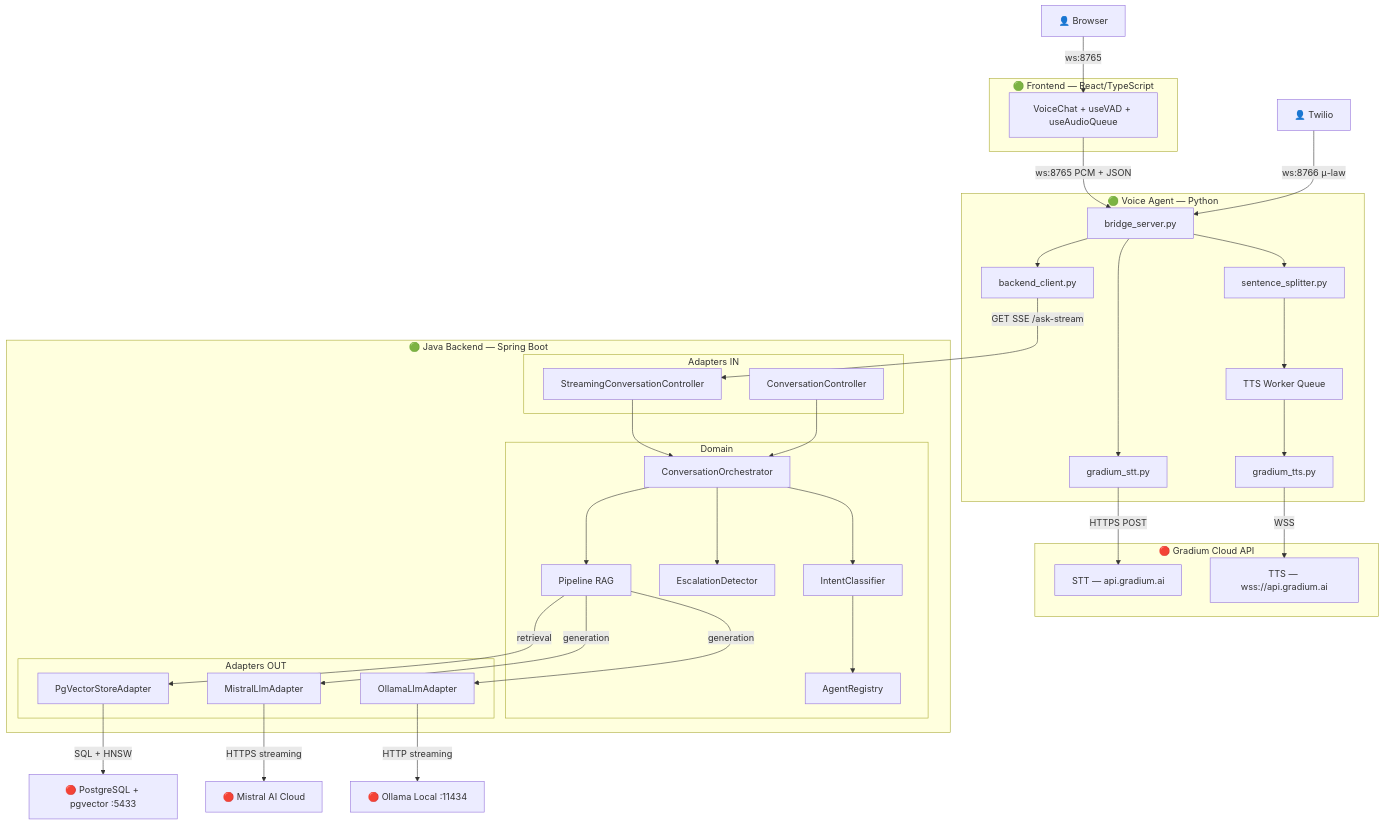
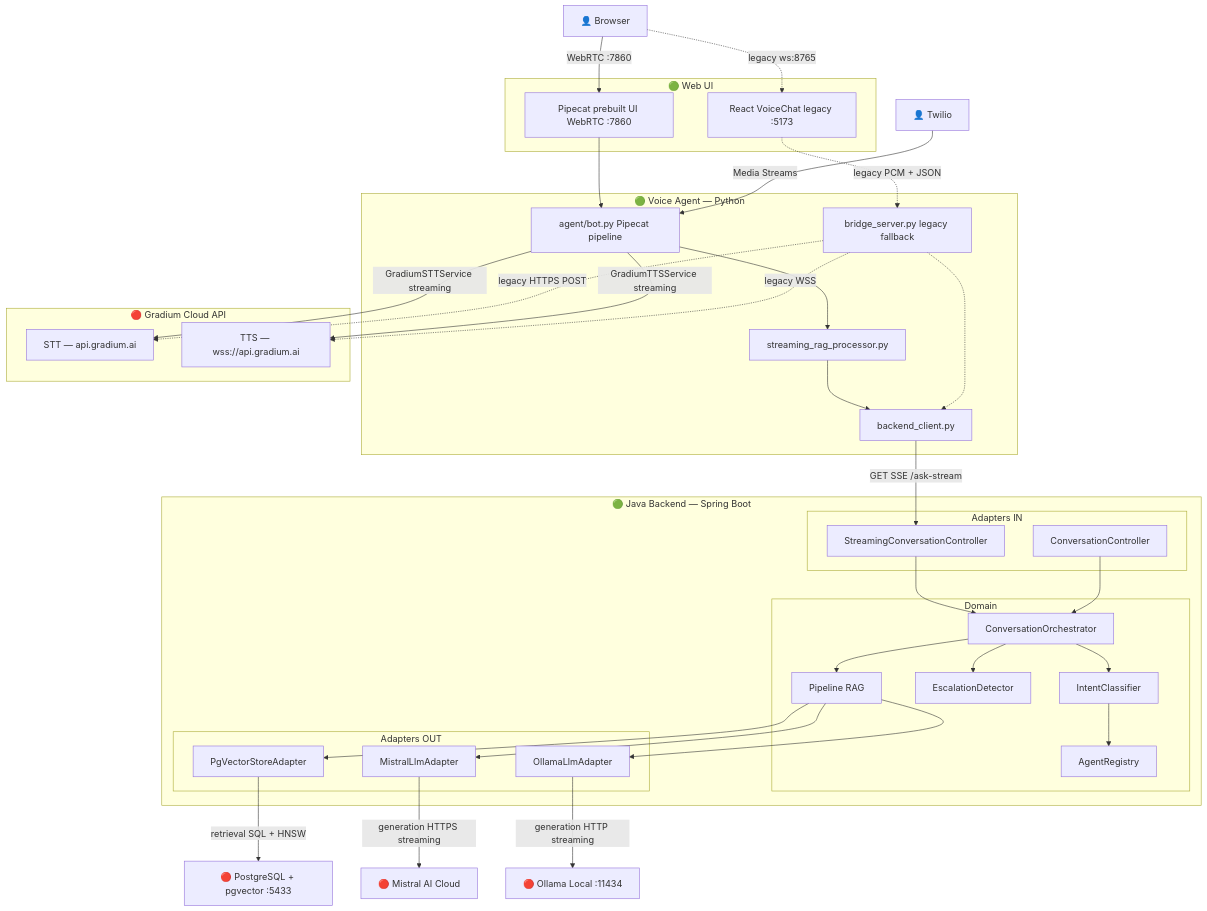
One commit to tgrimaud/V2V changed the first of 3 diagrams in docs/architecture/architecture.md. Above: the diagram before and after it, drawn with Mermaid. The commit also changed other lines of this file and 45 other files, not shown here.

````diff
--- a/docs/architecture/architecture.md
+++ b/docs/architecture/architecture.md
@@ -22,18 +23,17 @@
     Browser["👤 Browser"]
     Twilio["👤 Twilio"]
 
-    %% ─── Notre code : Frontend ───
-    subgraph frontend ["🟢 Frontend — React/TypeScript"]
-        VoiceChat[VoiceChat + useVAD + useAudioQueue]
+    %% ─── Notre code : Frontend / UI ───
+    subgraph frontend ["🟢 Web UI"]
+        PipecatUI[Pipecat prebuilt UI WebRTC :7860]
+        VoiceChat[React VoiceChat legacy :5173]
     end
 
     %% ─── Notre code : Voice Agent ───
     subgraph voiceAgent ["🟢 Voice Agent — Python"]
-        BridgeServer[bridge_server.py]
-        SttClient[gradium_stt.py]
-        TtsClient[gradium_tts.py]
-        SentenceSplitter[sentence_splitter.py]
-        TTSWorker[TTS Worker Queue]
+        PipecatBot[agent/bot.py Pipecat pipeline]
+        StreamingRAG[streaming_rag_processor.py]
+        BridgeServer[bridge_server.py legacy fallback]
         BackendClient[backend_client.py]
     end
 
@@ -69,16 +69,20 @@
     PgVector["🔴 PostgreSQL + pgvector :5433"]
 
     %% ─── Flux entrants ───
-    Browser -->|"ws:8765"| VoiceChat
-    VoiceChat -->|"ws:8765 PCM + JSON"| BridgeServer
-    Twilio -->|"ws:8766 μ-law"| BridgeServer
+    Browser -->|"WebRTC :7860"| PipecatUI
+    PipecatUI --> PipecatBot
+    Twilio -->|"Media Streams"| PipecatBot
+    Browser -.->|"legacy ws:8765"| VoiceChat
+    VoiceChat -.->|"legacy PCM + JSON"| BridgeServer
 
     %% ─── Voice Agent → Gradium (externe) ───
-    BridgeServer --> SttClient
-    SttClient -->|"HTTPS POST"| GradiumSTT
+    PipecatBot -->|"GradiumSTTService streaming"| GradiumSTT
+    BridgeServer -.->|"legacy HTTPS POST"| GradiumSTT
 
     %% ─── Voice Agent → Backend (interne) ───
-    BridgeServer --> BackendClient
+    PipecatBot --> StreamingRAG
+    StreamingRAG --> BackendClient
+    BridgeServer -.-> BackendClient
     BackendClient -->|"GET SSE /ask-stream"| StreamController
 
     %% ─── Backend interne ───
@@ -90,18 +94,16 @@
     ConvController --> Orchestrator
 
     %% ─── Pipeline RAG → Adapters ───
-    RAGPipeline -->|"retrieval"| PgVecAdapter
-    RAGPipeline -->|"generation"| MistralAdapter
-    RAGPipeline -->|"generation"| OllamaAdapter
+    RAGPipeline --> PgVecAdapter
+    RAGPipeline --> MistralAdapter
+    RAGPipeline --> OllamaAdapter
 
     %% ─── Voice Agent → TTS (externe) ───
-    BridgeServer --> SentenceSplitter
-    SentenceSplitter --> TTSWorker
-    TTSWorker --> TtsClient
-    TtsClient -->|"WSS"| GradiumTTS
+    PipecatBot -->|"GradiumTTSService streaming"| GradiumTTS
+    BridgeServer -.->|"legacy WSS"| GradiumTTS
 
     %% ─── Backend → Services externes ───
-    MistralAdapter -->|"HTTPS streaming"| MistralAPI
-    OllamaAdapter -->|"HTTP streaming"| Ollama
-    PgVecAdapter -->|"SQL + HNSW"| PgVector
+    MistralAdapter -->|"generation HTTPS streaming"| MistralAPI
+    OllamaAdapter -->|"generation HTTP streaming"| Ollama
+    PgVecAdapter -->|"retrieval SQL + HNSW"| PgVector
 ```
````
